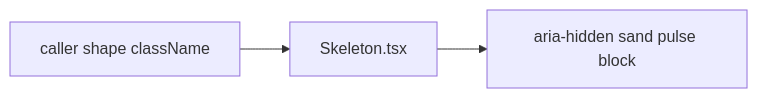
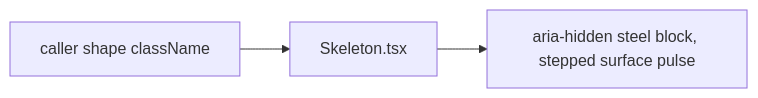
One commit to AzamatRaimbekov2/openCreate changed the diagram in apps/web/src/shared/ui/Skeleton.tsx.md. Above: the diagram before and after it, drawn with Mermaid. The commit also changed other lines of this file and 99 other files, not shown here.

````diff
--- a/apps/web/src/shared/ui/Skeleton.tsx.md
+++ b/apps/web/src/shared/ui/Skeleton.tsx.md
@@ -19,4 +19,4 @@
 ```mermaid
 flowchart LR
-  C[caller shape className] --> SK[Skeleton.tsx] --> OUT[aria-hidden sand pulse block]
+  C[caller shape className] --> SK[Skeleton.tsx] --> OUT[aria-hidden steel block, stepped surface pulse]
 ```
````
